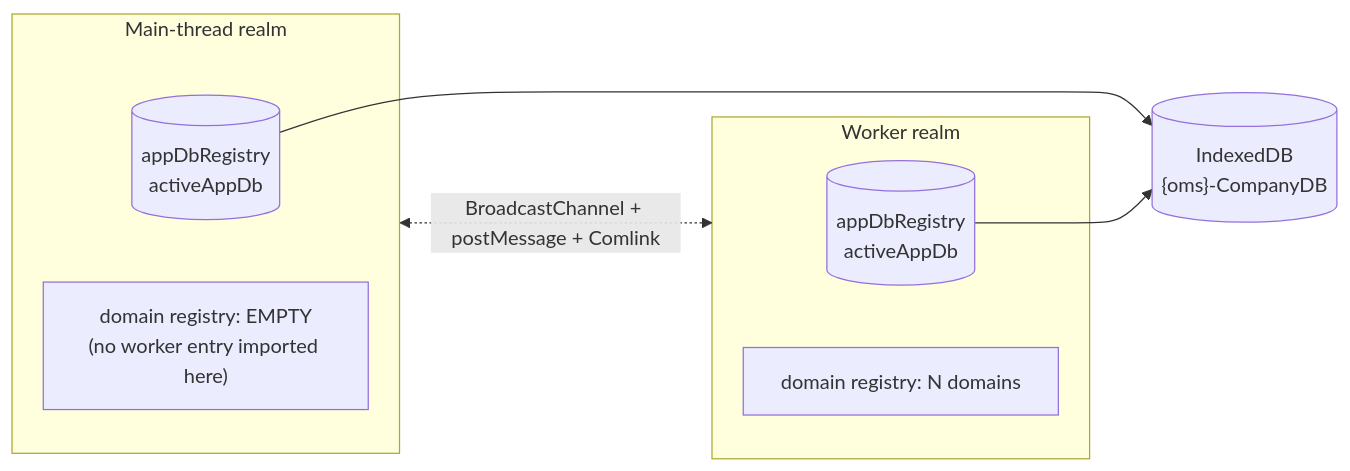
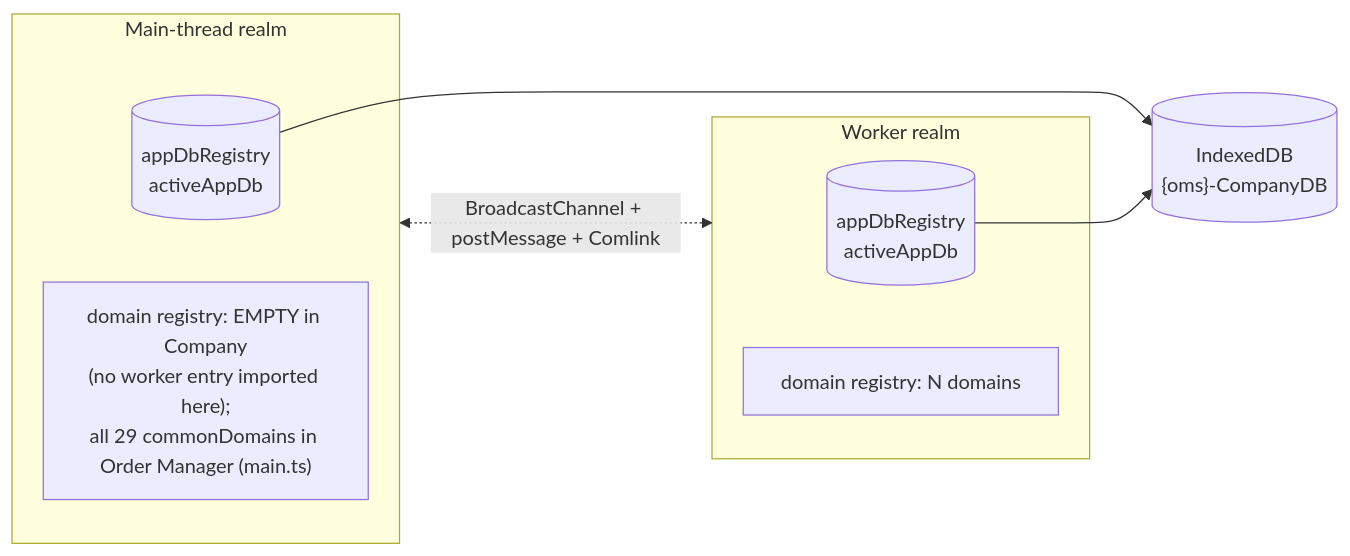
The eighth of 31 diagrams in docs/APP_DB_SYNC_FLOWS.md (hotwax/accxui), drawn with Mermaid before and after one commit. The commit also changed other lines of this file and 2 other files, not shown here.

````diff
--- a/docs/APP_DB_SYNC_FLOWS.md
+++ b/docs/APP_DB_SYNC_FLOWS.md
@@ -229,15 +266,15 @@
 ```mermaid
 graph LR
     subgraph MT["Main-thread realm"]
       R1[("appDbRegistry<br/>activeAppDb")]
-      D1["domain registry: EMPTY<br/>(no worker entry imported here)"]
+      D1["domain registry: EMPTY in Company<br/>(no worker entry imported here);<br/>all 29 commonDomains in Order Manager (main.ts)"]
     end
     subgraph WK["Worker realm"]
       R2[("appDbRegistry<br/>activeAppDb")]
       D2["domain registry: N domains"]
     end
     IDB[("IndexedDB<br/>{oms}-CompanyDB")]
     R1 --> IDB
     R2 --> IDB
     MT <-. BroadcastChannel + postMessage + Comlink .-> WK
 ```
````
